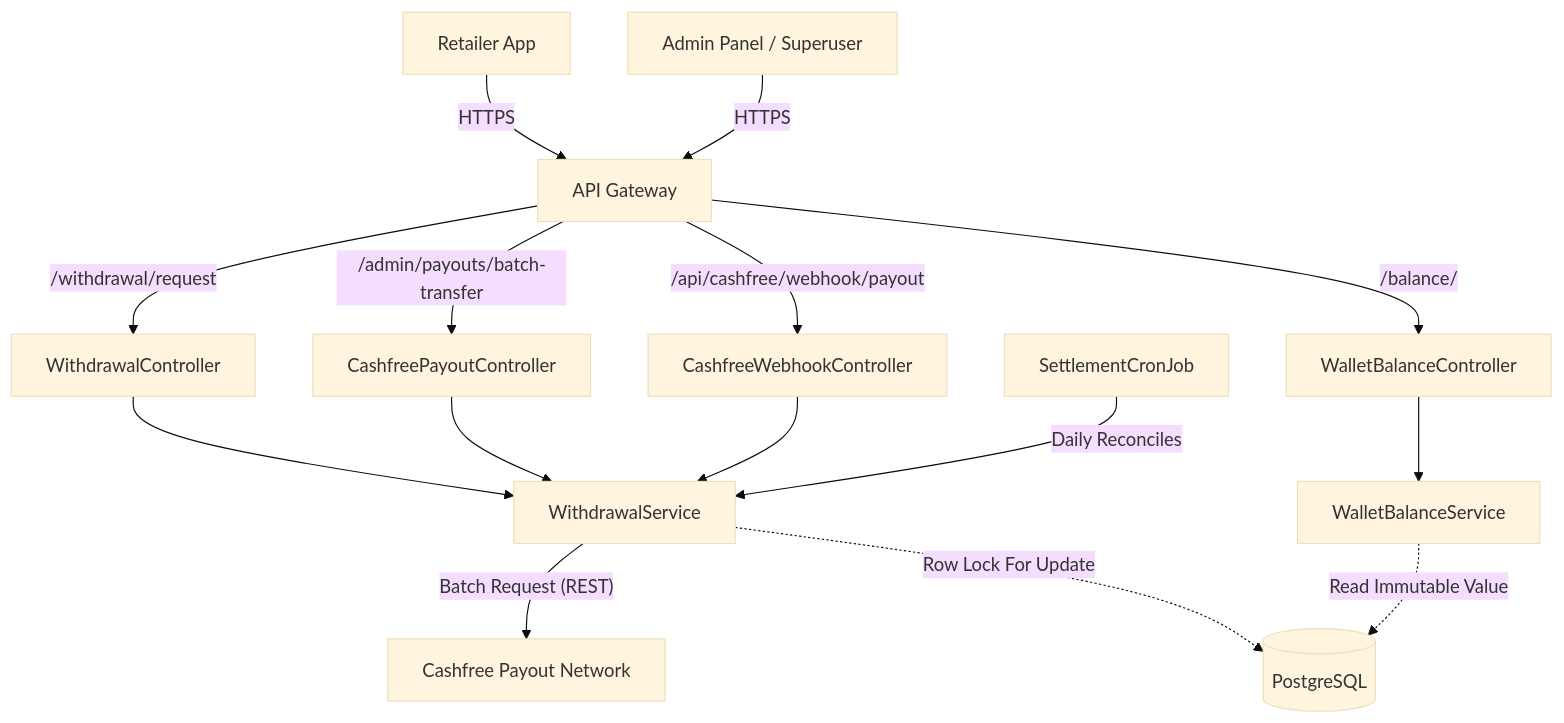
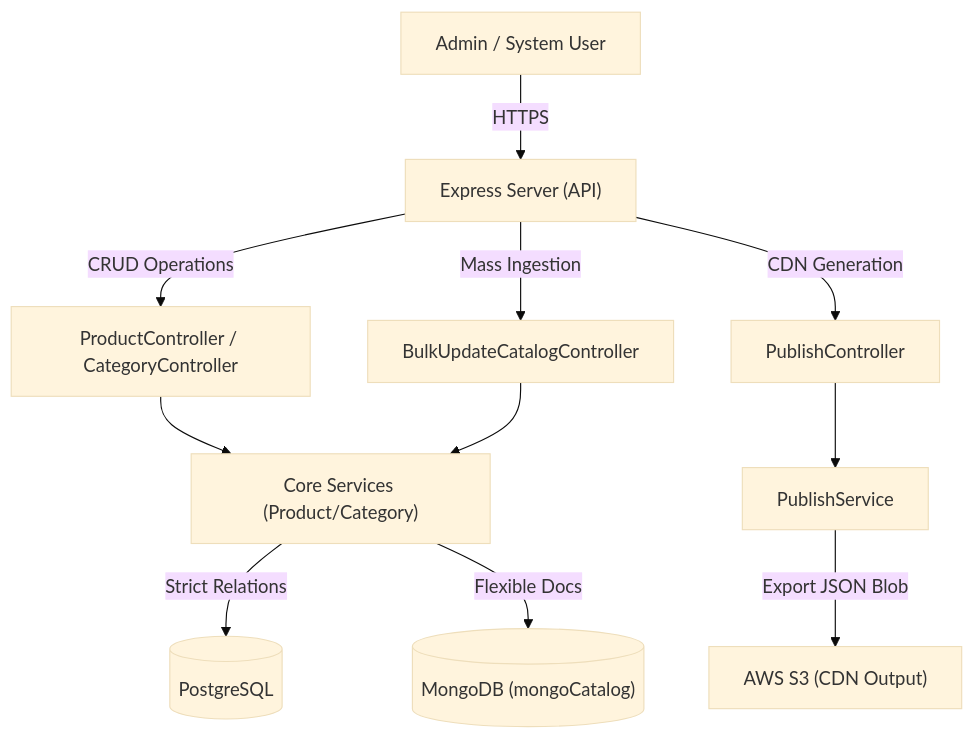
One commit to Omkar7840/eco changed the first of 3 diagrams in README.md. Above: the diagram before and after it, drawn with Mermaid (base theme). The commit also changed other lines of this file, not shown here.

First line of the commit message:
Rename Wallet Service to Catalogue Management Service

````diff
--- a/README.md
+++ b/README.md
@@ -21,22 +21,17 @@
 ```mermaid
 graph TD
-    Client["Retailer App"] -->|"HTTPS"| API["API Gateway"]
-    Admin["Admin Panel / Superuser"] -->|"HTTPS"| API
+    Client["Admin / System User"] -->|"HTTPS"| API["Express Server (API)"]
     
-    API -->|"/withdrawal/request"| C1["WithdrawalController"]
-    API -->|"/admin/payouts/batch-transfer"| C2["CashfreePayoutController"]
-    API -->|"/api/cashfree/webhook/payout"| C3["CashfreeWebhookController"]
-    API -->|"/balance/"| C4["WalletBalanceController"]
+    API -->|"CRUD Operations"| C1["ProductController / CategoryController"]
+    API -->|"Mass Ingestion"| C2["BulkUpdateCatalogController"]
+    API -->|"CDN Generation"| C3["PublishController"]
     
-    C1 --> S1["WithdrawalService"]
+    C1 --> S1["Core Services (Product/Category)"]
     C2 --> S1
-    C3 --> S1
-    C4 --> S2["WalletBalanceService"]
     
-    S1 -->|"Batch Request (REST)"| CF["Cashfree Payout Network"]
+    C3 --> S2["PublishService"]
+    S2 -->|"Export JSON Blob"| S3["AWS S3 (CDN Output)"]
     
-    S1 -.->|"Row Lock For Update"| DB[("PostgreSQL")]
-    S2 -.->|"Read Immutable Value"| DB
-    
-    Cron["SettlementCronJob"] -->|"Daily Reconciles"| S1
+    S1 -->|"Strict Relations"| DB_SQL[("PostgreSQL")]
+    S1 -->|"Flexible Docs"| DB_MONGO[("MongoDB (mongoCatalog)")]
 ```
````
